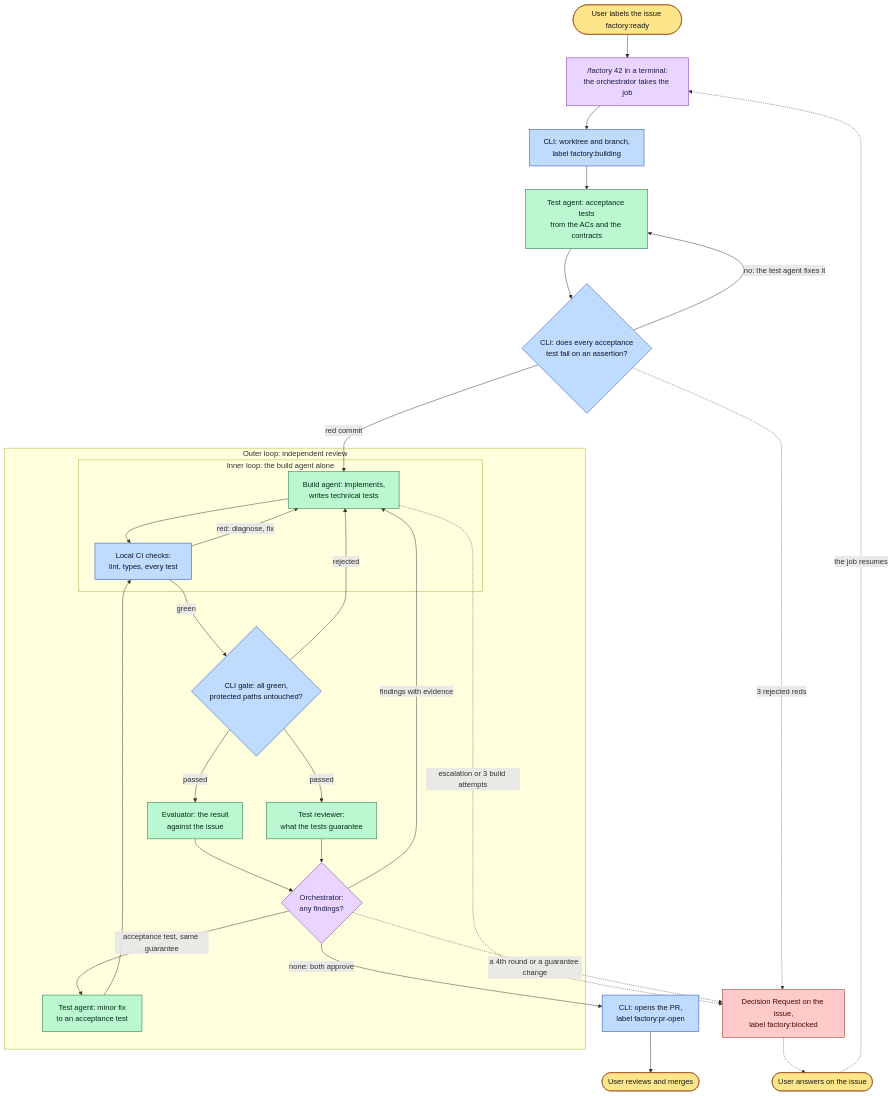
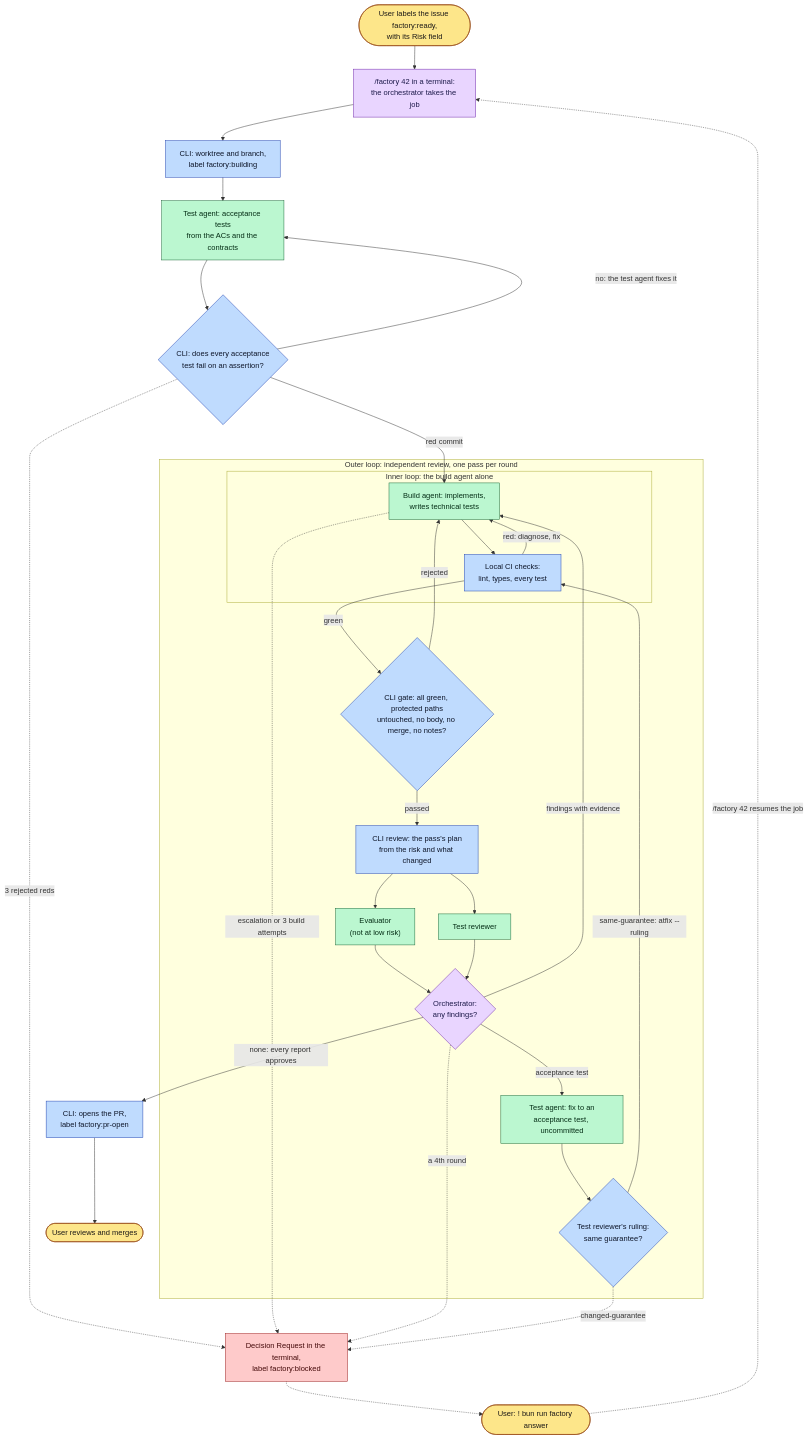
One commit to moralesbang/wandr changed the first of 9 diagrams in factory/README.md. Above: the diagram before and after it, drawn with Mermaid. The commit also changed other lines of this file and 1 other file, not shown here.

First line of the commit message:
docs(factory): define the factory as of v1.3 and record the version

````diff
--- a/factory/README.md
+++ b/factory/README.md
@@ -9,54 +9,58 @@
 ```mermaid
 flowchart TD
-    ready(["User labels the issue factory:ready"])
+    ready(["User labels the issue factory:ready,<br/>with its Risk field"])
     start["/factory 42 in a terminal:<br/>the orchestrator takes the job"]
     wt["CLI: worktree and branch,<br/>label factory:building"]
     test["Test agent: acceptance tests<br/>from the ACs and the contracts"]
     red{"CLI: does every acceptance<br/>test fail on an assertion?"}
 
     ready --> start --> wt --> test --> red
     red -->|"no: the test agent fixes it"| test
 
-    subgraph outer ["Outer loop: independent review"]
+    subgraph outer ["Outer loop: independent review, one pass per round"]
         subgraph inner ["Inner loop: the build agent alone"]
             build["Build agent: implements,<br/>writes technical tests"]
             checks["Local CI checks:<br/>lint, types, every test"]
             build --> checks
             checks -->|"red: diagnose, fix"| build
         end
-        gate{"CLI gate: all green,<br/>protected paths untouched?"}
-        eval["Evaluator: the result<br/>against the issue"]
-        tqr["Test reviewer:<br/>what the tests guarantee"]
+        gate{"CLI gate: all green, protected paths<br/>untouched, no body, no merge, no notes?"}
+        plan["CLI review: the pass's plan<br/>from the risk and what changed"]
+        eval["Evaluator<br/>(not at low risk)"]
+        tqr["Test reviewer"]
         verdict{"Orchestrator:<br/>any findings?"}
-        atfix["Test agent: minor fix<br/>to an acceptance test"]
+        fix["Test agent: fix to an<br/>acceptance test, uncommitted"]
+        rule{"Test reviewer's ruling:<br/>same guarantee?"}
         checks -->|green| gate
         gate -->|rejected| build
-        gate -->|passed| eval & tqr
+        gate -->|passed| plan
+        plan --> eval & tqr
         eval --> verdict
         tqr --> verdict
         verdict -->|"findings with evidence"| build
-        verdict -->|"acceptance test, same guarantee"| atfix
-        atfix --> checks
+        verdict -->|"acceptance test"| fix --> rule
+        rule -->|"same-guarantee: atfix --ruling"| checks
     end
 
     red -->|"red commit"| build
-    verdict -->|"none: both approve"| pr["CLI: opens the PR,<br/>label factory:pr-open"]
+    verdict -->|"none: every report approves"| pr["CLI: opens the PR,<br/>label factory:pr-open"]
     pr --> merged(["User reviews and merges"])
 
     red -.->|"3 rejected reds"| dr
     build -.->|"escalation or 3 build attempts"| dr
-    verdict -.->|"a 4th round or a guarantee change"| dr
-    dr["Decision Request on the issue,<br/>label factory:blocked"] -.-> decide(["User answers on the issue"])
-    decide -.->|"the job resumes"| start
+    verdict -.->|"a 4th round"| dr
+    rule -.->|"changed-guarantee"| dr
+    dr["Decision Request in the terminal,<br/>label factory:blocked"] -.-> decide(["User: ! bun run factory answer"])
+    decide -.->|"/factory 42 resumes the job"| start
 
     classDef user fill:#fde68a,stroke:#92400e,color:#1c1917
     classDef orch fill:#e9d5ff,stroke:#6b21a8,color:#1e1b4b
     classDef cli fill:#bfdbfe,stroke:#1e40af,color:#0f172a
     classDef agent fill:#bbf7d0,stroke:#166534,color:#052e16
     classDef wait fill:#fecaca,stroke:#991b1b,color:#450a0a
     class ready,merged,decide user
     class start,verdict orch
-    class wt,red,checks,gate,pr cli
-    class test,build,eval,tqr,atfix agent
+    class wt,red,checks,gate,plan,pr,rule cli
+    class test,build,eval,tqr,fix agent
     class dr wait
 ```
````
